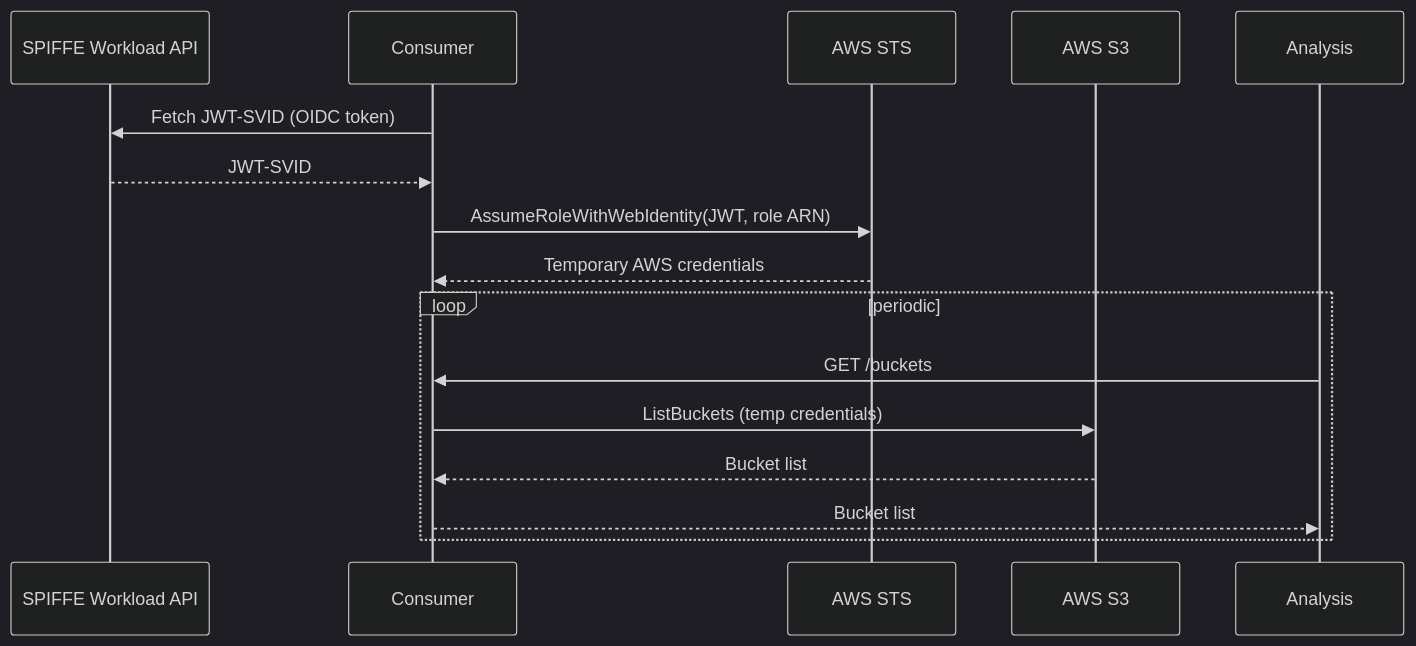
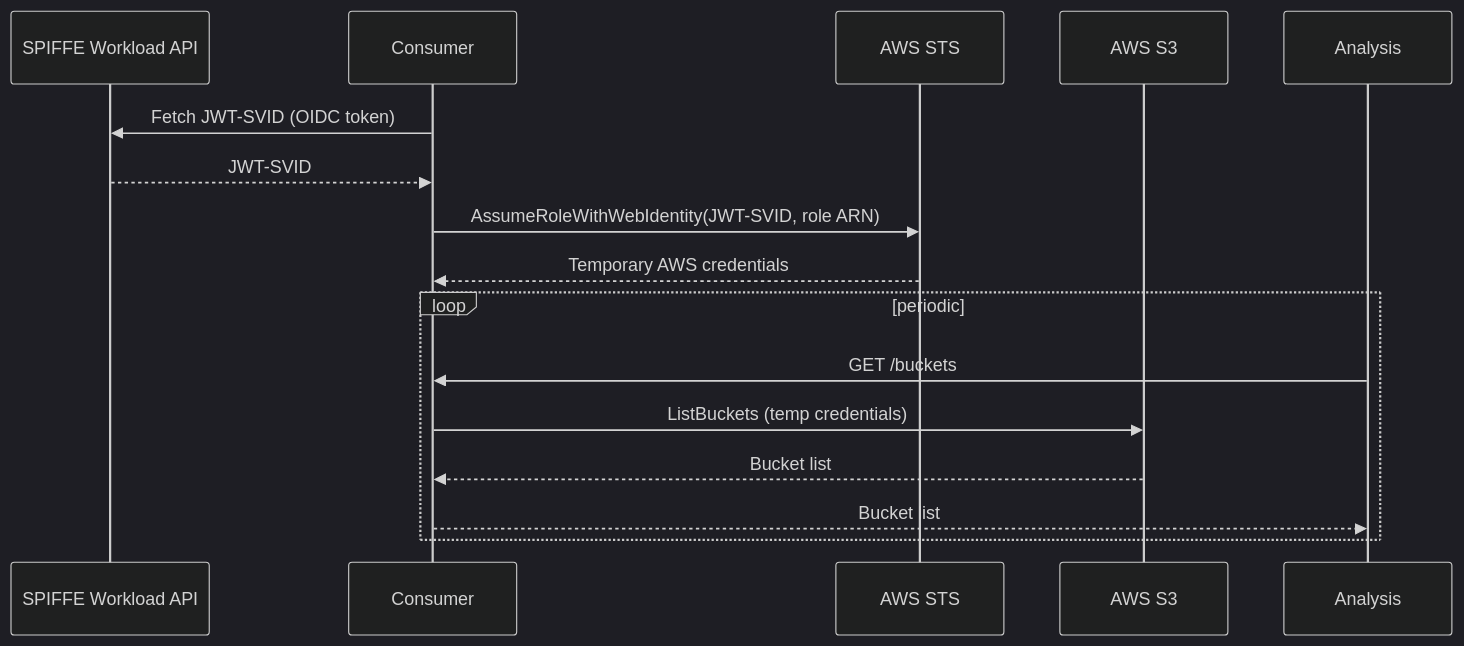
One commit to cofide/cofide-demos changed the diagram in workloads/aws-oidc/README.md. Above: the diagram before and after it, drawn with Mermaid (dark theme). The commit also changed 2 other files, not shown here.

Commit message:
Apply suggestions from code review

````diff
--- a/workloads/aws-oidc/README.md
+++ b/workloads/aws-oidc/README.md
@@ -15,19 +15,19 @@
 ```mermaid
 sequenceDiagram
     participant WA as SPIFFE Workload API
     participant Con as Consumer
     participant STS as AWS STS
     participant S3 as AWS S3
     participant Ana as Analysis
 
     Con->>WA: Fetch JWT-SVID (OIDC token)
     WA-->>Con: JWT-SVID
-    Con->>STS: AssumeRoleWithWebIdentity(JWT, role ARN)
+    Con->>STS: AssumeRoleWithWebIdentity(JWT-SVID, role ARN)
     STS-->>Con: Temporary AWS credentials
     loop periodic
         Ana->>Con: GET /buckets
         Con->>S3: ListBuckets (temp credentials)
         S3-->>Con: Bucket list
         Con-->>Ana: Bucket list
     end
 ```
````
